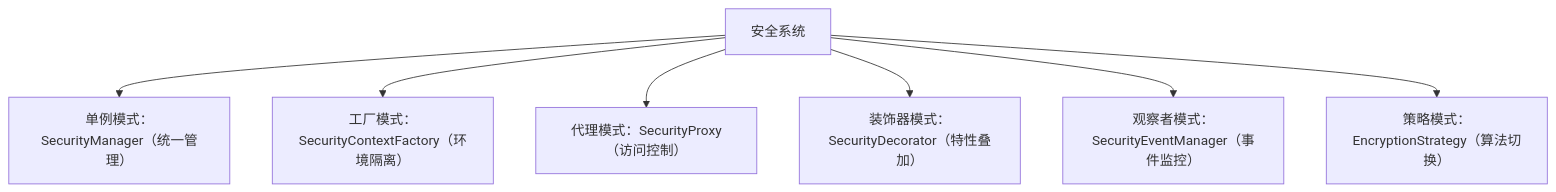
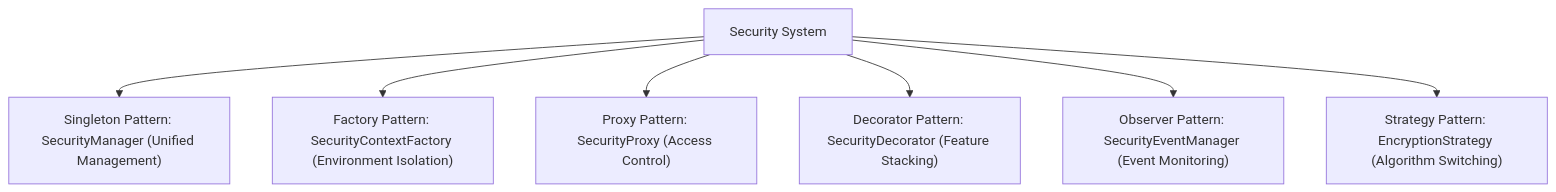
The diagram in references/security/examples.md (Kirky-X/diting), drawn with Mermaid before and after one commit. The commit also changed other lines of this file and 78 other files, not shown here.

````diff
--- a/references/security/examples.md
+++ b/references/security/examples.md
@@ -183,10 +183,10 @@
 ```mermaid
 flowchart TD
-    SS["安全系统"]
-    SS --> SP["单例模式：SecurityManager（统一管理）"]
-    SS --> FP["工厂模式：SecurityContextFactory（环境隔离）"]
-    SS --> PP["代理模式：SecurityProxy（访问控制）"]
-    SS --> DP["装饰器模式：SecurityDecorator（特性叠加）"]
-    SS --> OP["观察者模式：SecurityEventManager（事件监控）"]
-    SS --> STP["策略模式：EncryptionStrategy（算法切换）"]
+    SS["Security System"]
+    SS --> SP["Singleton Pattern: SecurityManager (Unified Management)"]
+    SS --> FP["Factory Pattern: SecurityContextFactory (Environment Isolation)"]
+    SS --> PP["Proxy Pattern: SecurityProxy (Access Control)"]
+    SS --> DP["Decorator Pattern: SecurityDecorator (Feature Stacking)"]
+    SS --> OP["Observer Pattern: SecurityEventManager (Event Monitoring)"]
+    SS --> STP["Strategy Pattern: EncryptionStrategy (Algorithm Switching)"]
 ```
````
